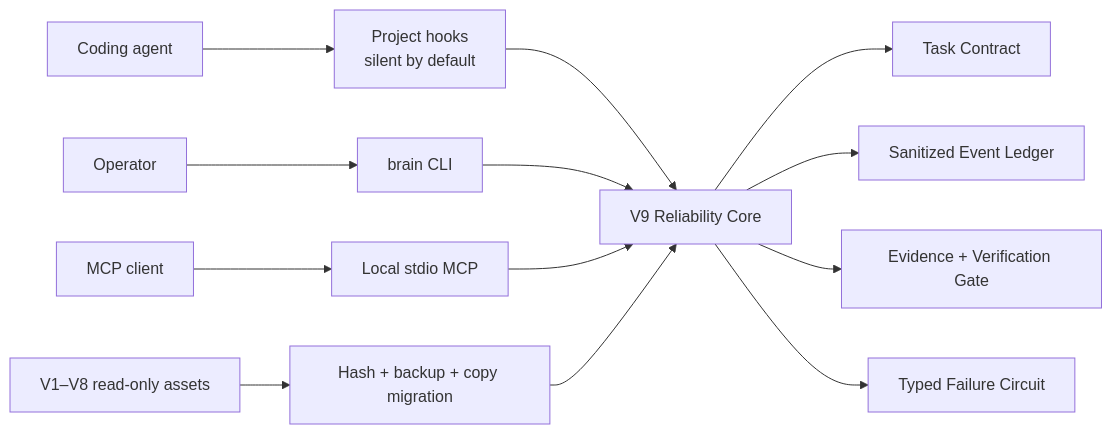
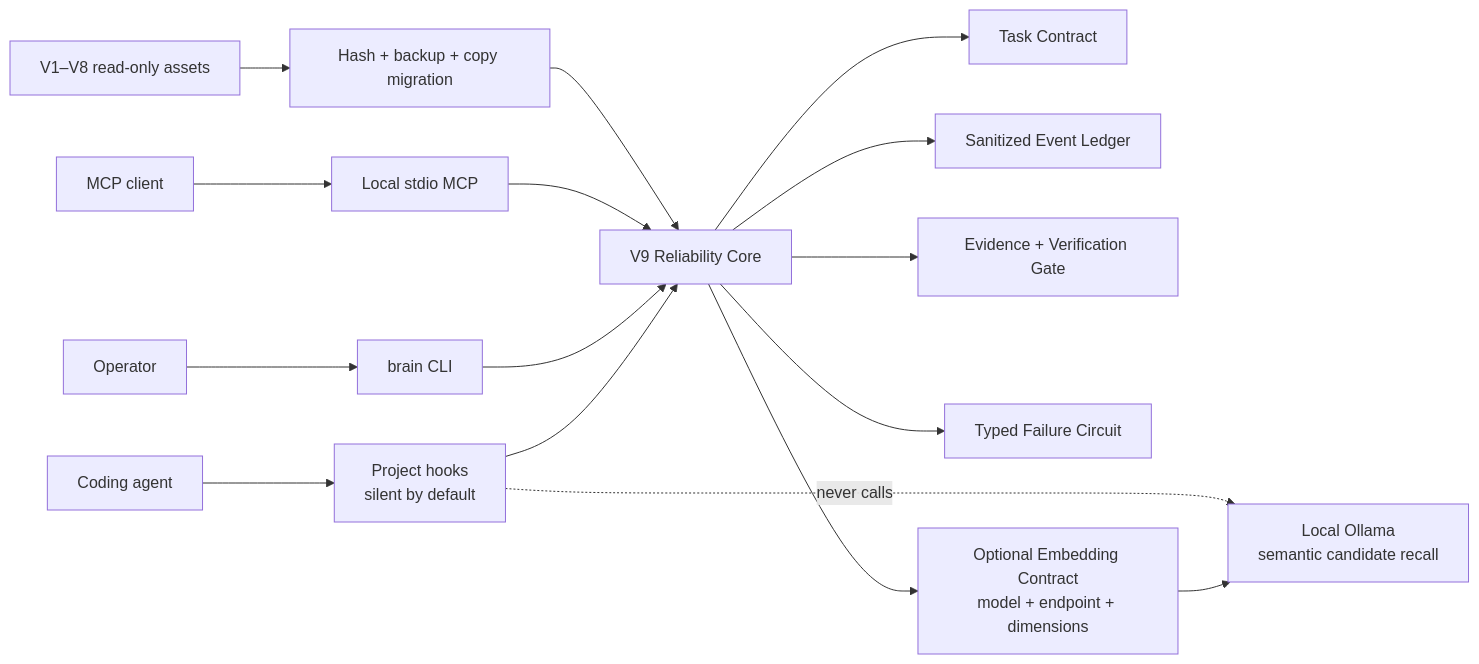
Before and after one commit to liuanye9-lab/codex-os-brain: the first of 2 diagrams in README.md, drawn with Mermaid. The commit also changed other lines of this file and 19 other files, not shown here.

Commit message:
feat(v9): add optional local Ollama embeddings

````diff
--- a/README.md
+++ b/README.md
@@ -14,15 +14,18 @@
 ```mermaid
 flowchart LR
   Agent["Coding agent"] --> Hooks["Project hooks\nsilent by default"]
   Human["Operator"] --> CLI["brain CLI"]
   Client["MCP client"] --> MCP["Local stdio MCP"]
   Hooks --> Core["V9 Reliability Core"]
   CLI --> Core
   MCP --> Core
   Core --> Contract["Task Contract"]
   Core --> Events["Sanitized Event Ledger"]
   Core --> Evidence["Evidence + Verification Gate"]
   Core --> Circuit["Typed Failure Circuit"]
+  Core --> EmbedContract["Optional Embedding Contract\nmodel + endpoint + dimensions"]
+  EmbedContract --> Ollama["Local Ollama\nsemantic candidate recall"]
+  Hooks -. "never calls" .-> Ollama
   Legacy["V1–V8 read-only assets"] --> Migration["Hash + backup + copy migration"]
   Migration --> Core
 ```
````
